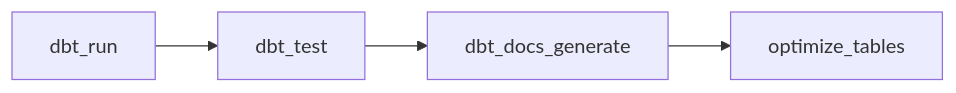
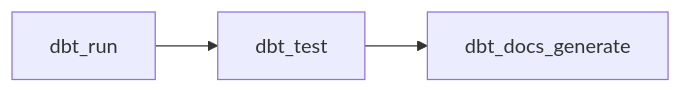
One commit to pierreWagou/deep-rayon changed the first of 2 diagrams in docs/databricks.md. Above: the diagram before and after it, drawn with Mermaid. The commit also changed other lines of this file and 21 other files, not shown here.

````diff
--- a/docs/databricks.md
+++ b/docs/databricks.md
@@ -19,4 +20,4 @@
 ```mermaid
 flowchart LR
-    run[dbt_run] --> test[dbt_test] --> docs[dbt_docs_generate] --> optimize[optimize_tables]
+    run[dbt_run] --> test[dbt_test] --> docs[dbt_docs_generate]
 ```
````
